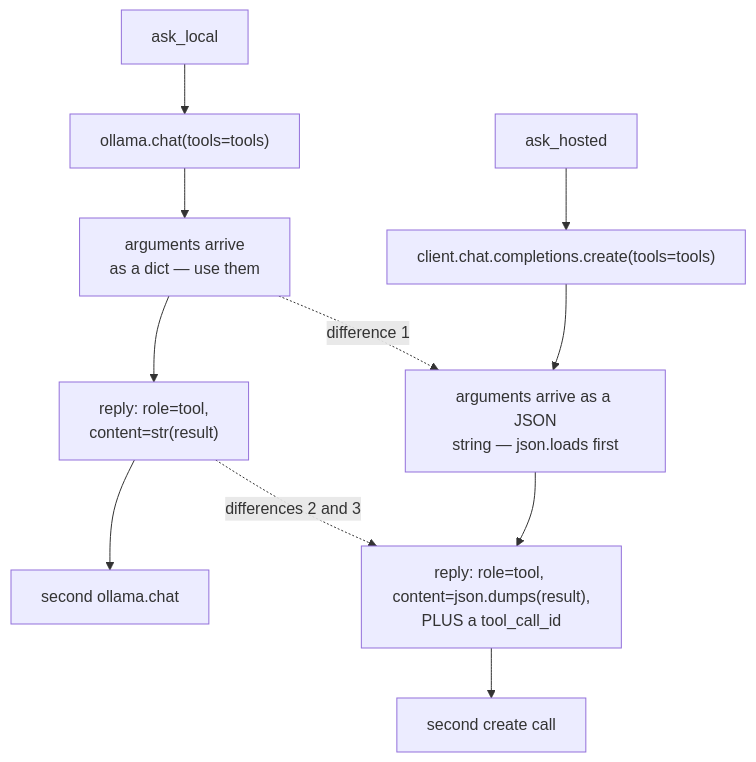
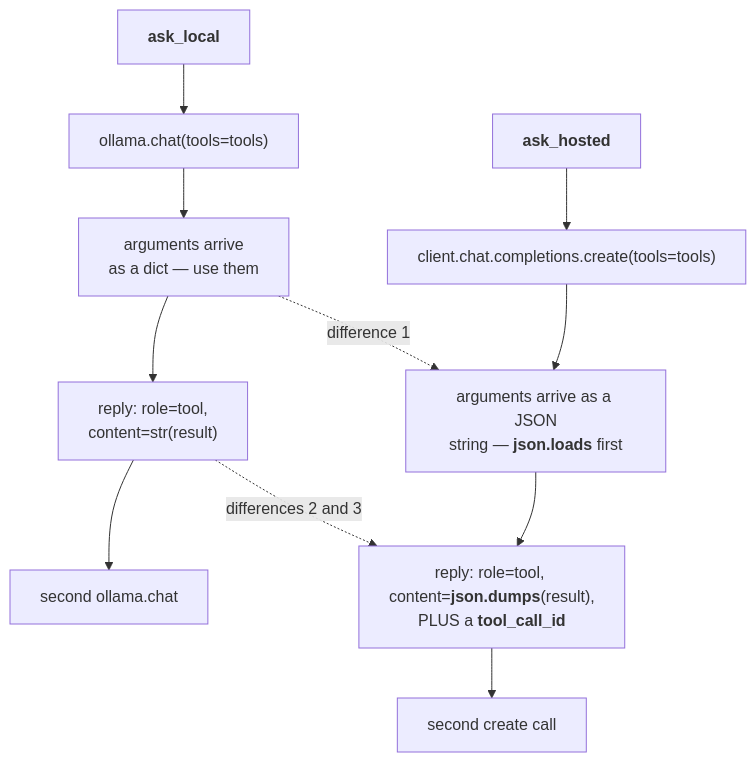
One commit to rioffe/intro_to_ai_software_engineering changed the third of 4 diagrams in manuscript/12-llm-interface.md. Above: the diagram before and after it, drawn with Mermaid. The commit also changed other lines of this file and 17 other files, not shown here.

First line of the commit message:
Diagram readability pass, and keep diagrams with their intro sentence

````diff
--- a/manuscript/12-llm-interface.md
+++ b/manuscript/12-llm-interface.md
@@ -320,17 +320,17 @@
 ```mermaid
 flowchart TD
-    L0["ask_local"]
+    L0["<b>ask_local</b>"]
     L0 --> L1["ollama.chat(tools=tools)"]
     L1 --> L2["arguments arrive<br/>as a dict — use them"]
     L2 --> L3["reply: role=tool,<br/>content=str(result)"]
     L3 --> L4["second ollama.chat"]
 
-    H0["ask_hosted"]
+    H0["<b>ask_hosted</b>"]
     H0 --> H1["client.chat.completions.create(tools=tools)"]
-    H1 --> H2["arguments arrive as a JSON<br/>string — json.loads first"]
-    H2 --> H3["reply: role=tool, content=json.dumps(result),<br/>PLUS a tool_call_id"]
+    H1 --> H2["arguments arrive as a JSON<br/>string — <b>json.loads</b> first"]
+    H2 --> H3["reply: role=tool, content=<b>json.dumps</b>(result),<br/>PLUS a <b>tool_call_id</b>"]
     H3 --> H4["second create call"]
 
     L2 -.->|"difference 1"| H2
     L3 -.->|"differences 2 and 3"| H3
 ```
````
